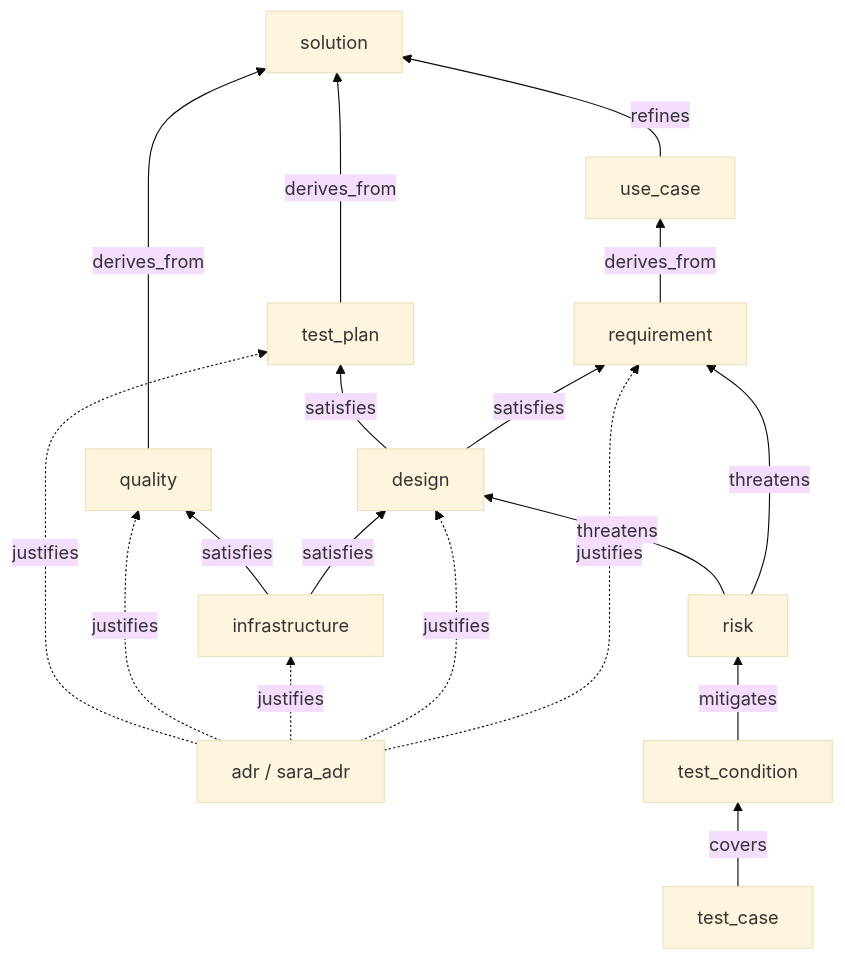
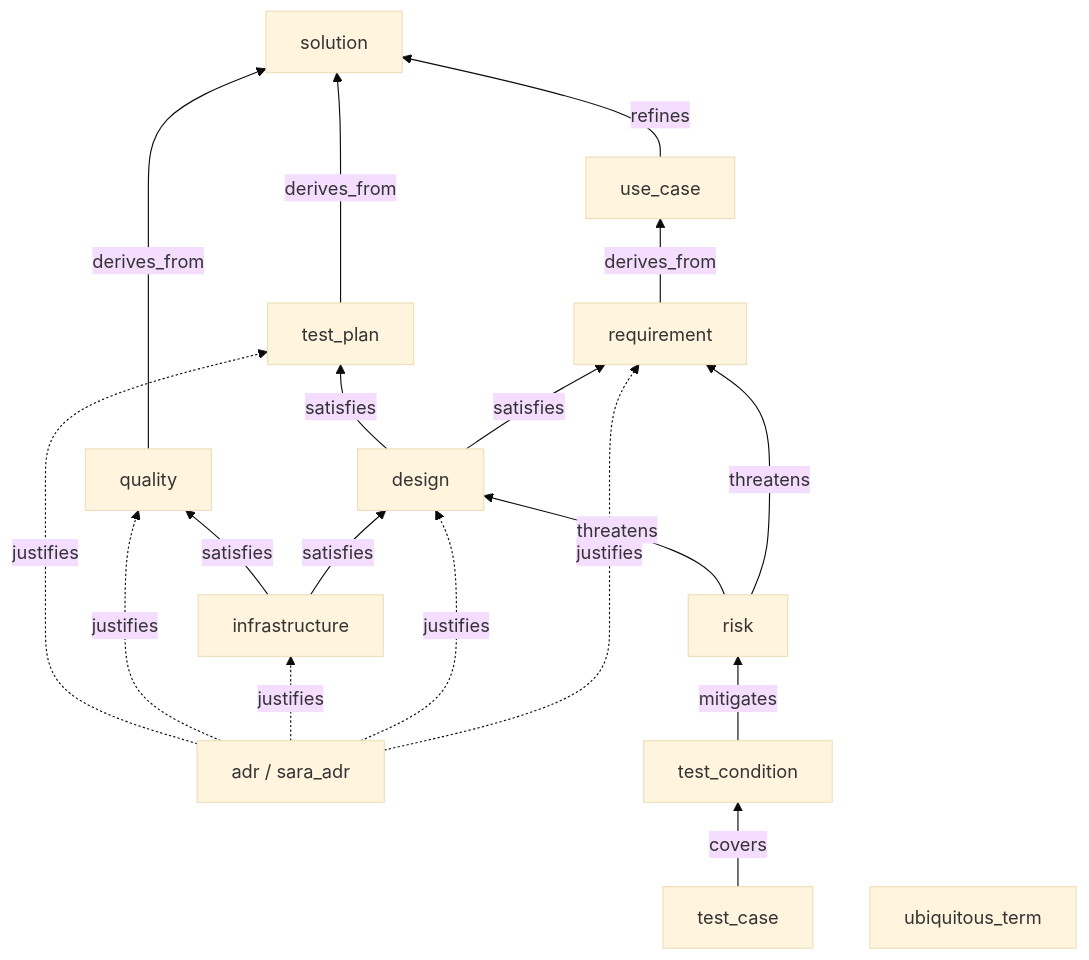
Before and after one commit to yasunori0418/layat: the first of 2 diagrams in docs/agents/sara-graph.md, drawn with Mermaid (base theme). The commit also changed other lines of this file and 2 other files, not shown here.

First line of the commit message:
docs(agents): 型表と根の記述を ubiquitous_term に合わせて改訂

````diff
--- a/docs/agents/sara-graph.md
+++ b/docs/agents/sara-graph.md
@@ -14,32 +14,33 @@
 ```mermaid
 flowchart BT
     SOL[solution]
     UC[use_case]
     REQ[requirement]
     DSG[design]
     QA[quality]
     TP[test_plan]
     INF[infrastructure]
     ADR["adr / sara_adr"]
     RISK[risk]
     TC[test_condition]
     CASE[test_case]
+    UBQ[ubiquitous_term]
 
     UC -->|refines| SOL
     REQ -->|derives_from| UC
     DSG -->|satisfies| REQ
     DSG -->|satisfies| TP
     QA -->|derives_from| SOL
     TP -->|derives_from| SOL
     INF -->|satisfies| DSG
     INF -->|satisfies| QA
     RISK -->|threatens| REQ
     RISK -->|threatens| DSG
     TC -->|mitigates| RISK
     CASE -->|covers| TC
     ADR -.->|justifies| REQ
     ADR -.->|justifies| DSG
     ADR -.->|justifies| INF
     ADR -.->|justifies| QA
     ADR -.->|justifies| TP
 ```
````
